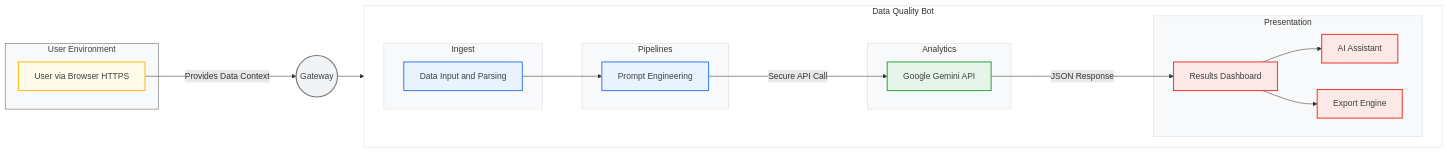
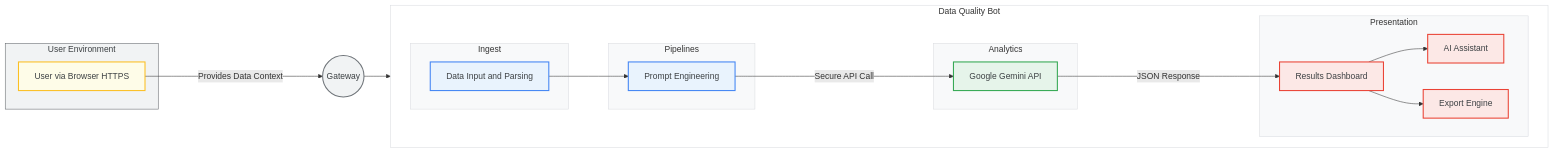
The first of 2 diagrams in README.md (chtsalvishal/DQ_Gen_AI_Bot), drawn with Mermaid before and after one commit. The commit also changed other lines of this file, not shown here.

First line of the commit message:
docs: Update README diagram styles and links

````diff
--- a/README.md
+++ b/README.md
@@ -20,48 +20,48 @@
 ```mermaid
 graph LR
     subgraph userenv [User Environment]
         A[User via Browser HTTPS]:::userNode
     end
 
     B((Gateway)):::gatewayNode
     
-    A -- Provides Data Context ---> B
+    A -- Provides Data Context ----> B
 
     subgraph botlogic [Data Quality Bot]
         direction LR
         subgraph ingest [Ingest]
             C[Data Input and Parsing]:::processNode
         end
         subgraph pipelines [Pipelines]
             D[Prompt Engineering]:::processNode
         end
         subgraph analytics [Analytics]
             E[Google Gemini API]:::apiNode
         end
         subgraph presentation [Presentation]
             F[Results Dashboard]:::outputNode
             G[AI Assistant]:::outputNode
             H[Export Engine]:::outputNode
         end
     end
 
     B --> C
     C --> D
-    D -- Secure API Call ---> E
-    E -- JSON Response ---> F
+    D -- Secure API Call ----> E
+    E -- JSON Response ----> F
     F --> G
     F --> H
     
-    style userenv fill:#F8F9FA,stroke:#5F6368,color:#3C4043
+    style userenv fill:#F1F3F4,stroke:#5F6368,color:#3C4043
     style botlogic fill:#FFFFFF,stroke:#DADCE0
     style ingest fill:#F8F9FA,stroke:#DADCE0
     style pipelines fill:#F8F9FA,stroke:#DADCE0
     style analytics fill:#F8F9FA,stroke:#DADCE0
     style presentation fill:#F8F9FA,stroke:#DADCE0
 
     classDef userNode fill:#FEFCE8,stroke:#FBBF24,stroke-width:2px,color:#3C4043
     classDef gatewayNode fill:#F1F3F4,stroke:#70757A,stroke-width:2px,color:#3C4043
     classDef processNode fill:#E9F3FD,stroke:#4285F4,stroke-width:2px,color:#3C4043
     classDef apiNode fill:#E6F4EA,stroke:#34A853,stroke-width:2px,color:#3C4043
     classDef outputNode fill:#FCE8E6,stroke:#EA4335,stroke-width:2px,color:#3C4043
 ```
````
